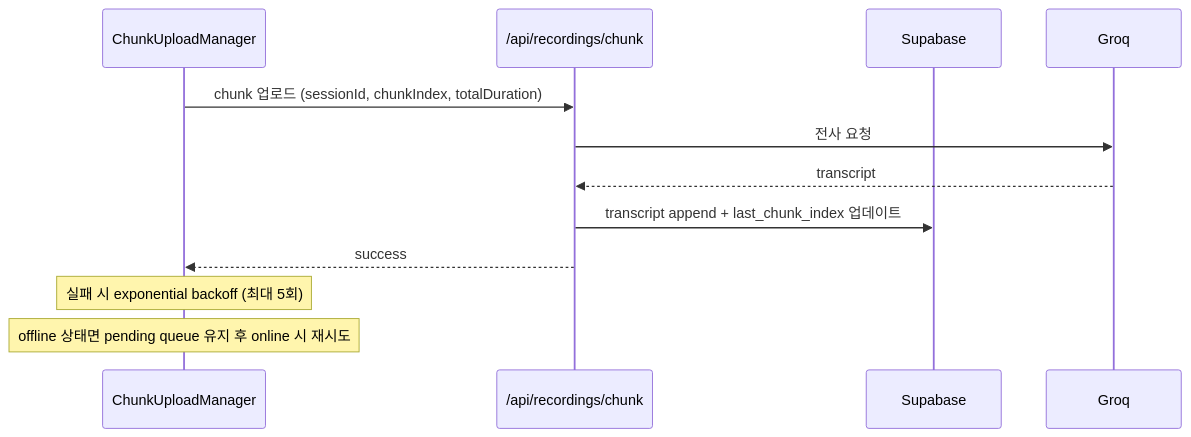
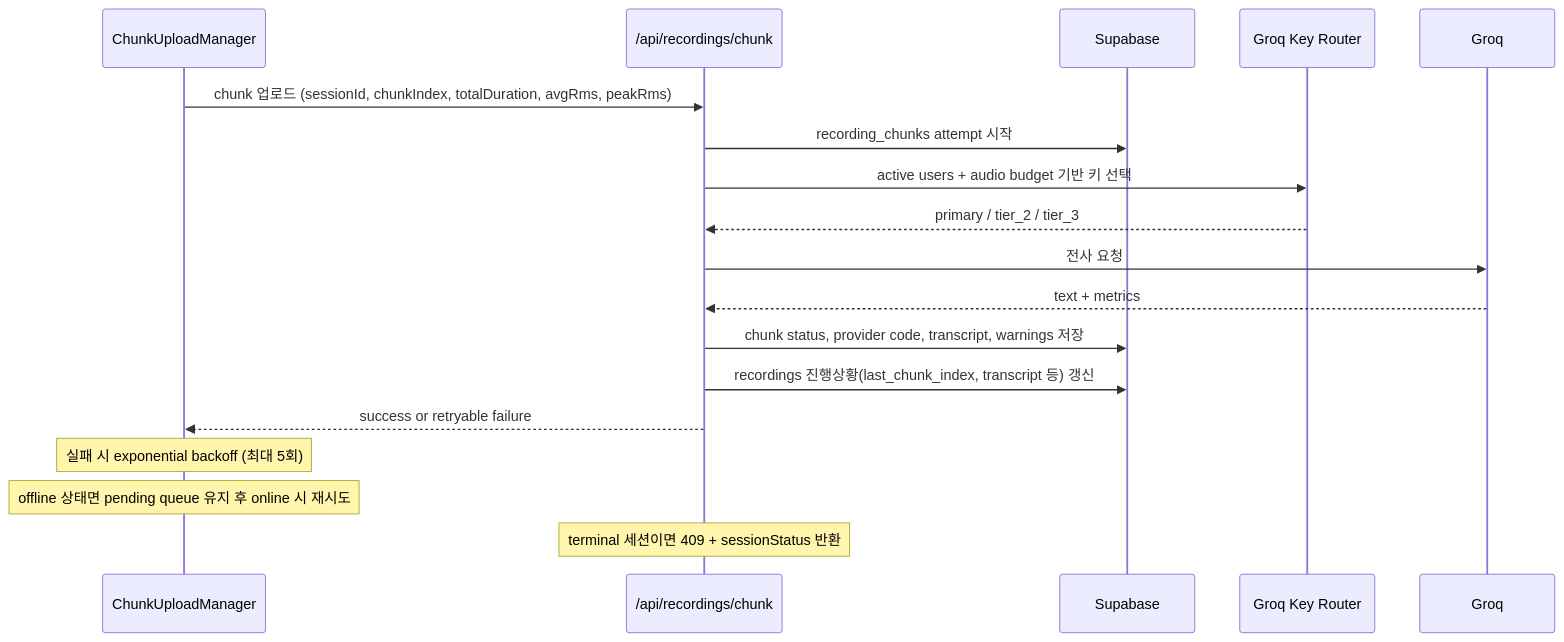
The third of 6 diagrams in docs/SERVICE_FLOW.md (0mininseoul/Archy), drawn with Mermaid before and after one commit. The commit also changed other lines of this file and 13 other files, not shown here.

````diff
--- a/docs/SERVICE_FLOW.md
+++ b/docs/SERVICE_FLOW.md
@@ -58,16 +70,22 @@
 ```mermaid
 sequenceDiagram
     participant Client as ChunkUploadManager
     participant API as /api/recordings/chunk
     participant DB as Supabase
+    participant Router as Groq Key Router
     participant STT as Groq
 
-    Client->>API: chunk 업로드 (sessionId, chunkIndex, totalDuration)
+    Client->>API: chunk 업로드 (sessionId, chunkIndex, totalDuration, avgRms, peakRms)
+    API->>DB: recording_chunks attempt 시작
+    API->>Router: active users + audio budget 기반 키 선택
+    Router-->>API: primary / tier_2 / tier_3
     API->>STT: 전사 요청
-    STT-->>API: transcript
-    API->>DB: transcript append + last_chunk_index 업데이트
-    API-->>Client: success
+    STT-->>API: text + metrics
+    API->>DB: chunk status, provider code, transcript, warnings 저장
+    API->>DB: recordings 진행상황(last_chunk_index, transcript 등) 갱신
+    API-->>Client: success or retryable failure
 
     Note over Client: 실패 시 exponential backoff (최대 5회)
     Note over Client: offline 상태면 pending queue 유지 후 online 시 재시도
+    Note over API: terminal 세션이면 409 + sessionStatus 반환
 ```
````
